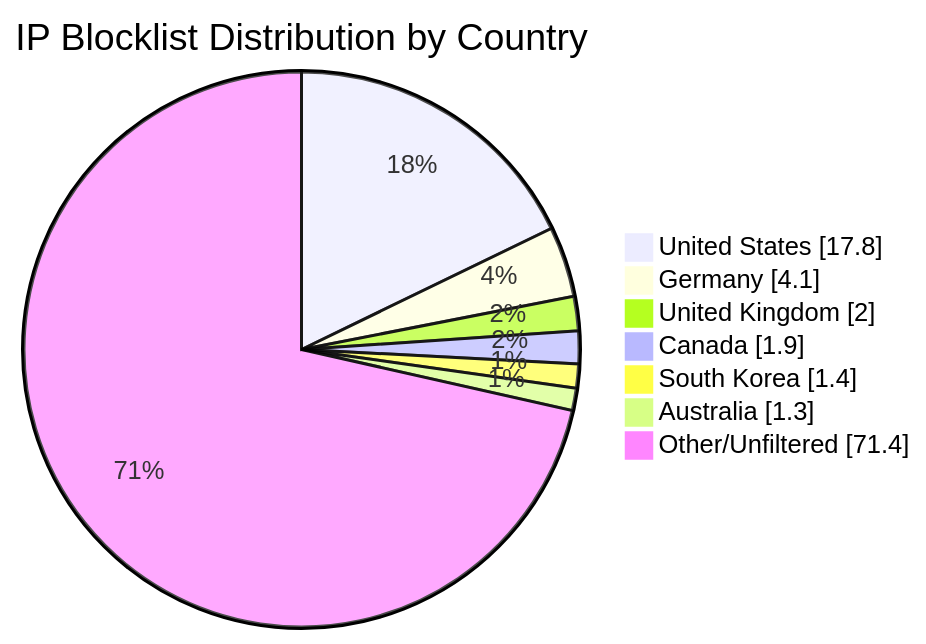
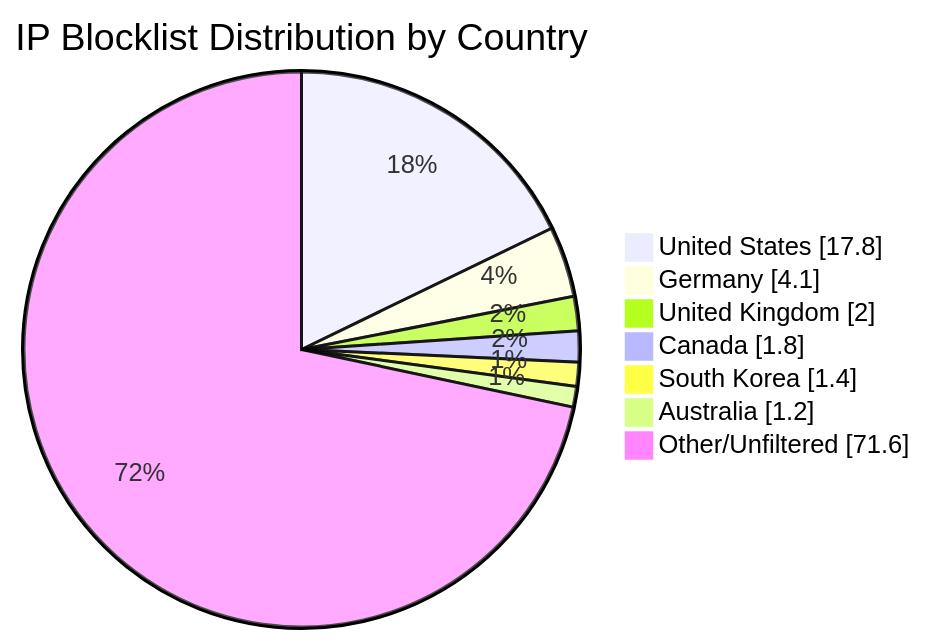
Before and after one commit to MarcusHoltz/ipblocklist-geofiltered-aggregator: the diagram in README.md, drawn with Mermaid. The commit also changed other lines of this file and 9 other files, not shown here.

````diff
--- a/README.md
+++ b/README.md
@@ -34,10 +34,10 @@
 ```mermaid
 pie showData title IP Blocklist Distribution by Country
 "United States" : 17.8
 "Germany" : 4.1
 "United Kingdom" : 2.0
-"Canada" : 1.9
+"Canada" : 1.8
 "South Korea" : 1.4
-"Australia" : 1.3
-"Other/Unfiltered" : 71.4
+"Australia" : 1.2
+"Other/Unfiltered" : 71.6
 ```
````
